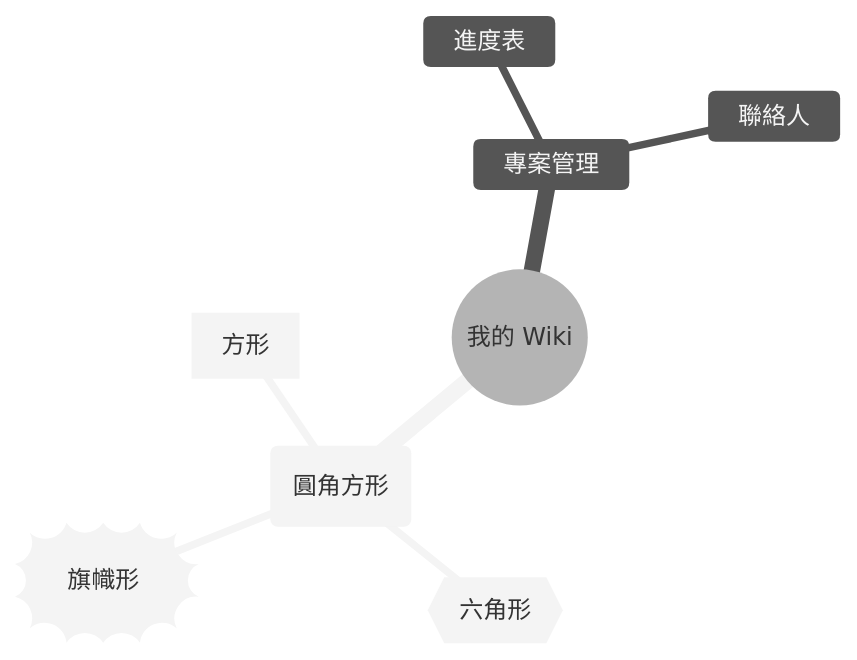
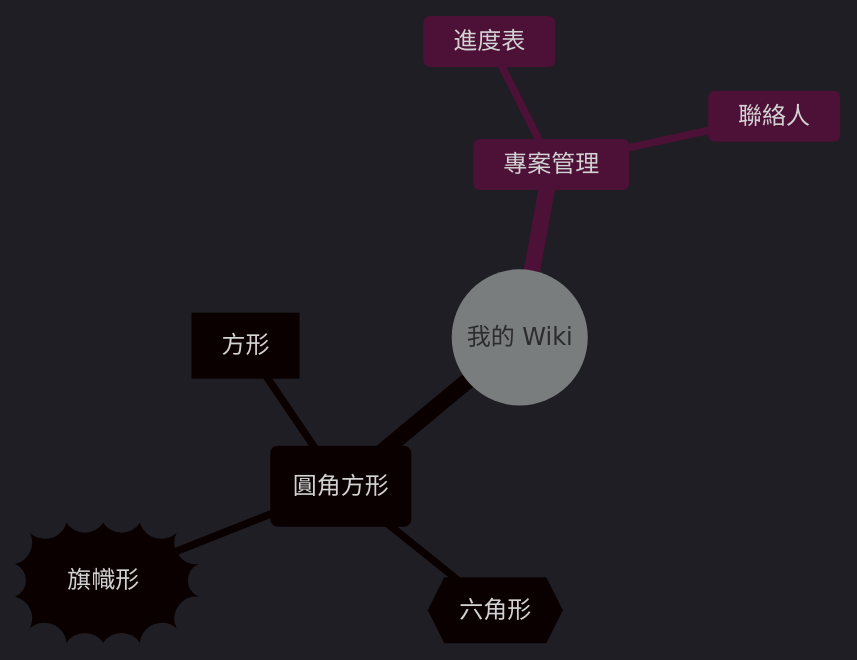
The diagram in docs/index.md (TzuoYeah/WorldBuliding), drawn with Mermaid before and after one commit. The commit also changed 1 other file, not shown here.

````diff
--- a/docs/index.md
+++ b/docs/index.md
@@ -4,15 +4,15 @@
 ```mermaid
 ---
 config:
-  theme: neutral
+  theme: dark
 ---
 mindmap
   root((我的 Wiki))
     a(圓角方形)
       b[方形]
       c{{六角形}}
       d))旗幟形((
     專案管理
       進度表
       聯絡人
 ```
````
